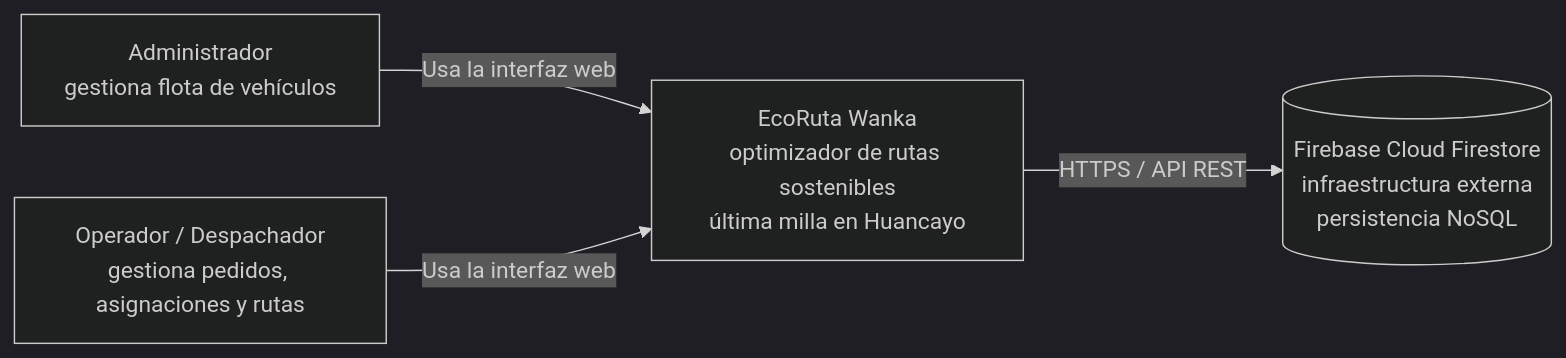
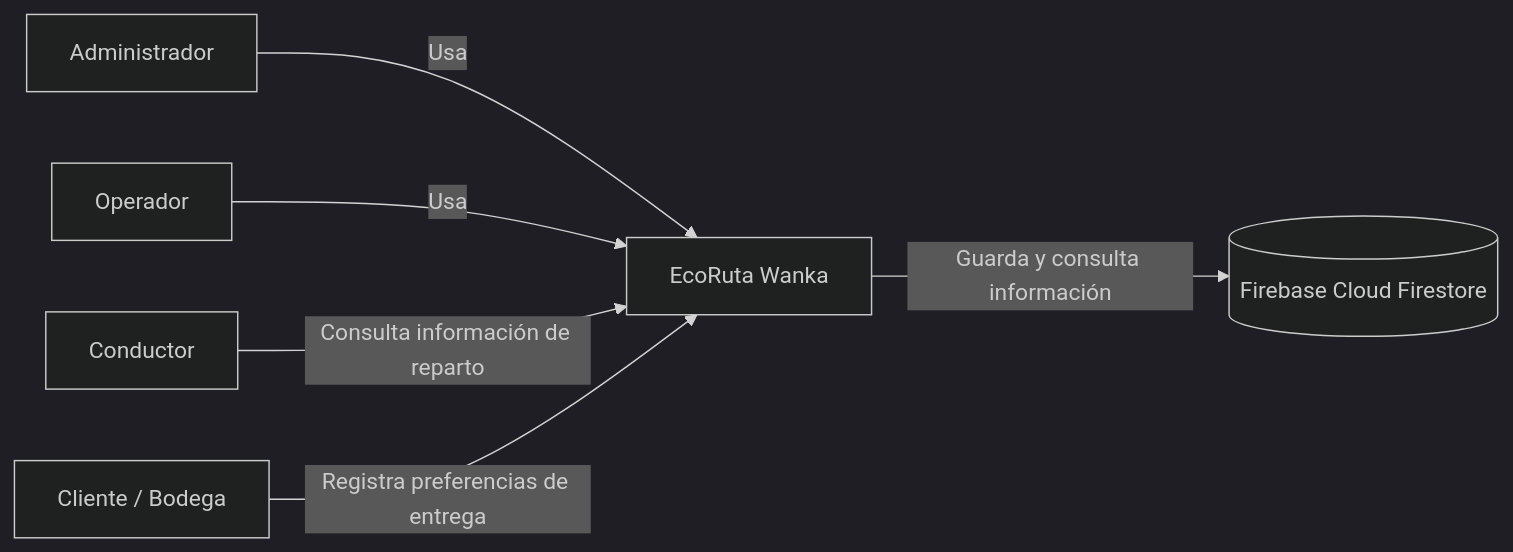
One commit to DayanaJC/EcoRuta-Wanka changed the first of 4 diagrams in docs/01 Inicio/12. Modelo C4 V_1_0_0.md. Above: the diagram before and after it, drawn with Mermaid (dark theme). The commit also changed other lines of this file and 16 other files, not shown here.

Commit message:
docs: actualiza documentaci\u00f3n del proyecto EcoRuta Wanka

````diff
--- a/docs/01 Inicio/12. Modelo C4 V_1_0_0.md
+++ b/docs/01 Inicio/12. Modelo C4 V_1_0_0.md
@@ -31,6 +35,10 @@
 ```mermaid
 flowchart LR
-    A[Administrador<br/>gestiona flota de vehículos] -->|Usa la interfaz web| S
-    O[Operador / Despachador<br/>gestiona pedidos, asignaciones y rutas] -->|Usa la interfaz web| S
-    S[EcoRuta Wanka<br/>optimizador de rutas sostenibles<br/>última milla en Huancayo] -->|HTTPS / API REST| FBX[(Firebase Cloud Firestore<br/>infraestructura externa<br/>persistencia NoSQL)]
+
+    A[Administrador] -->|Usa| S[EcoRuta Wanka]
+    O[Operador] -->|Usa| S
+    C[Conductor] -->|Consulta información de reparto| S
+    B[Cliente / Bodega] -->|Registra preferencias de entrega| S
+
+    S -->|Guarda y consulta información| DB[(Firebase Cloud Firestore)]
 ```
````
